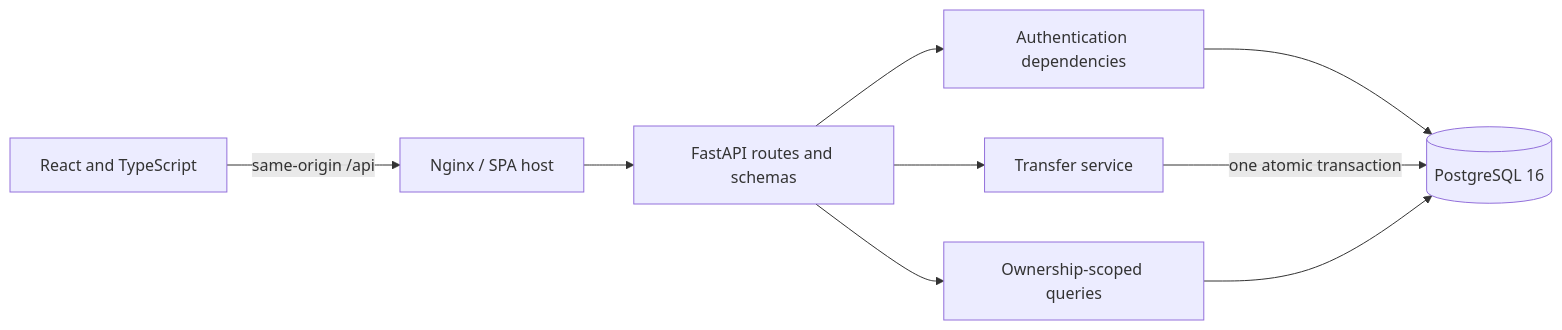
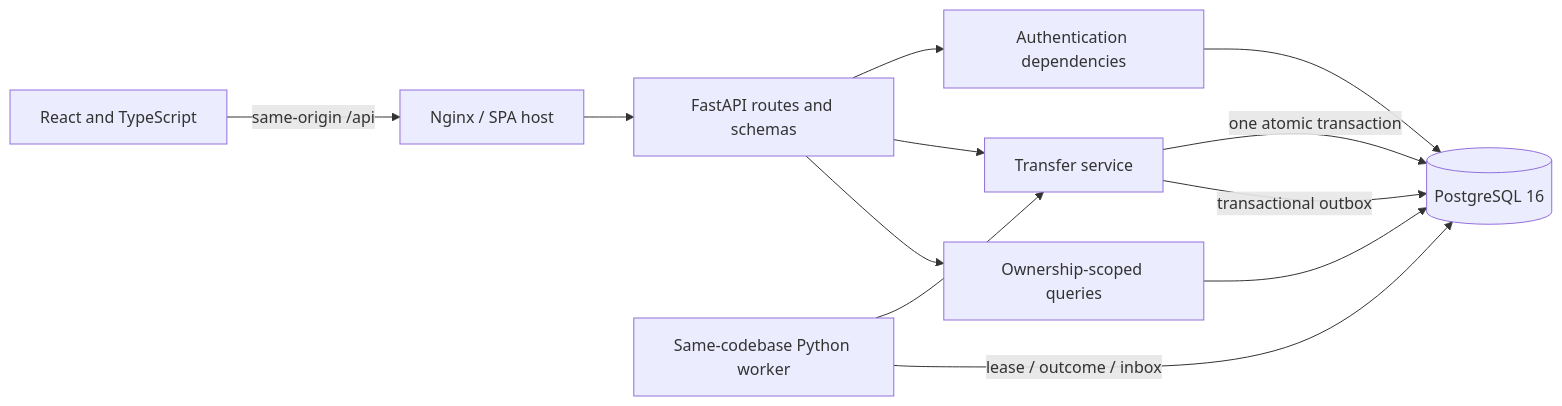
One commit to james1507/fullstack-banking-platform changed the first of 2 diagrams in README.md. Above: the diagram before and after it, drawn with Mermaid. The commit also changed other lines of this file and 79 other files, not shown here.

````diff
--- a/README.md
+++ b/README.md
@@ -211,11 +254,14 @@
 ```mermaid
 flowchart LR
     Browser[React and TypeScript] -->|same-origin /api| Nginx[Nginx / SPA host]
     Nginx --> API[FastAPI routes and schemas]
     API --> Auth[Authentication dependencies]
     API --> Service[Transfer service]
     API --> Queries[Ownership-scoped queries]
     Auth --> DB[(PostgreSQL 16)]
     Service -->|one atomic transaction| DB
     Queries --> DB
+    Worker[Same-codebase Python worker] --> Service
+    Worker -->|lease / outcome / inbox| DB
+    Service -->|transactional outbox| DB
 ```
````
